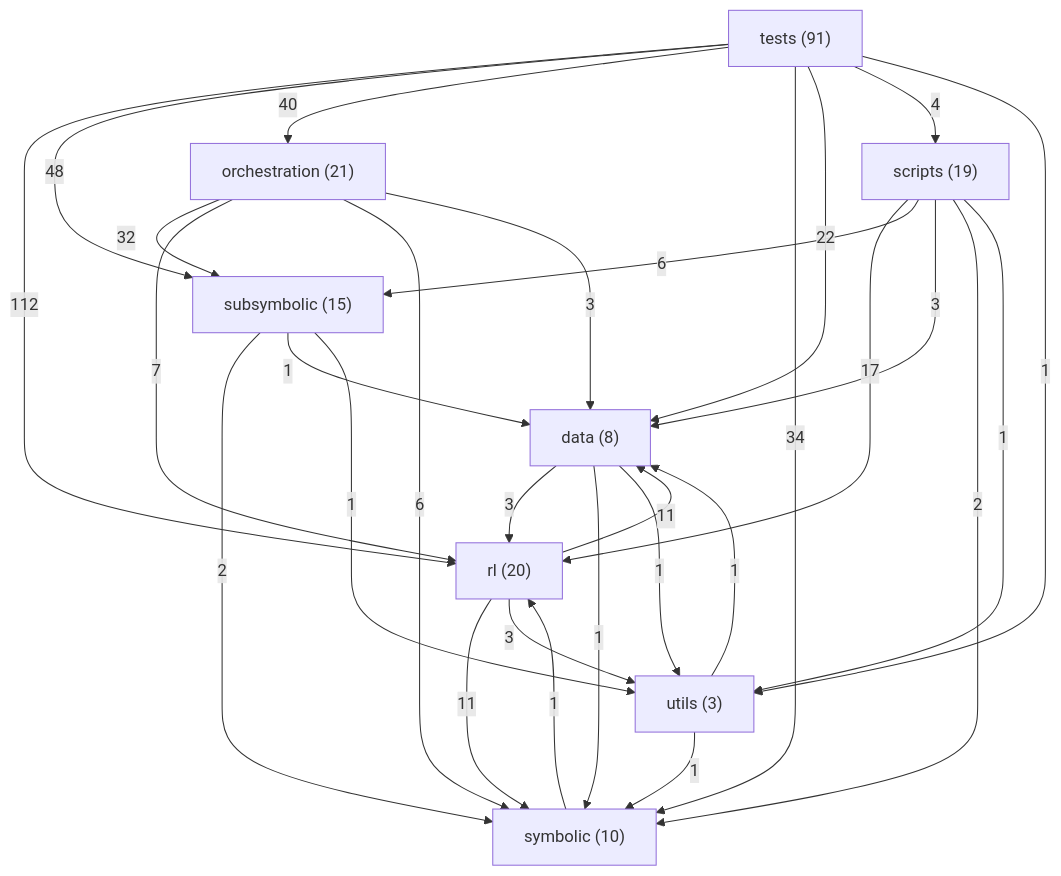
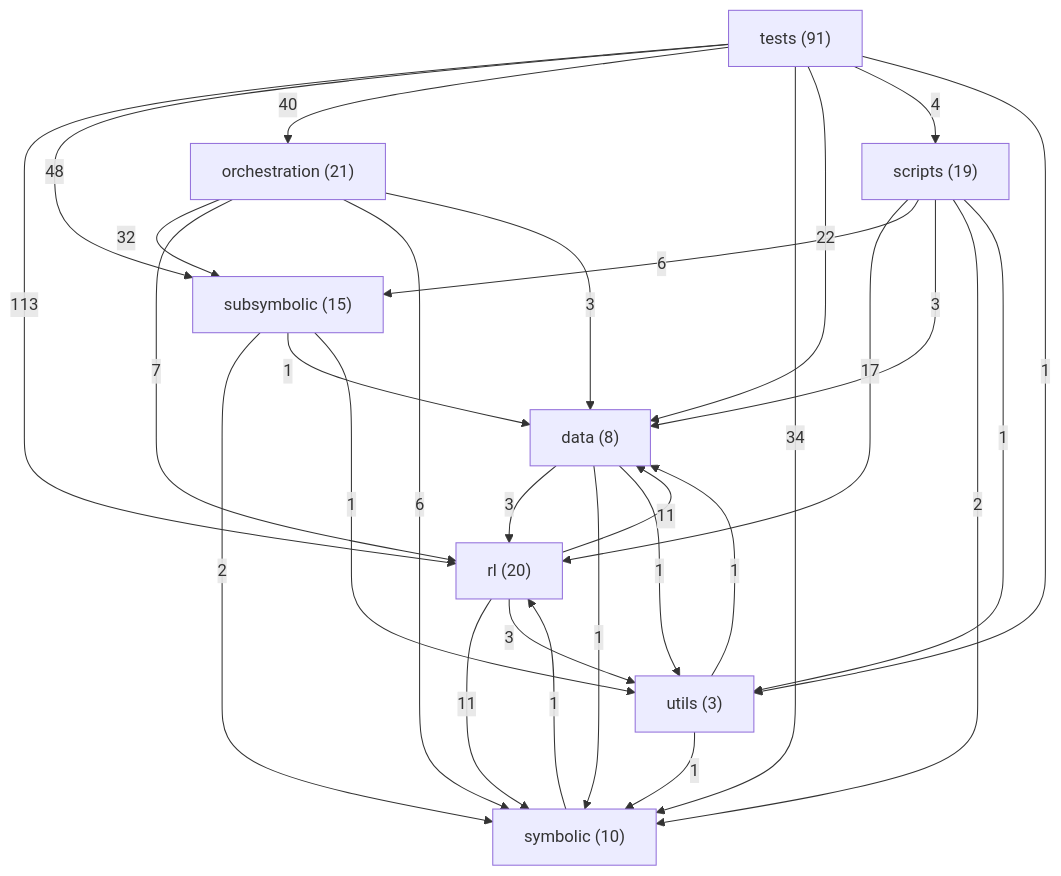
The diagram in ARCHITECTURE.md (danrd/ARC-AGI), drawn with Mermaid before and after one commit. The commit also changed other lines of this file and 12 other files, not shown here.

````diff
--- a/ARCHITECTURE.md
+++ b/ARCHITECTURE.md
@@ -211,39 +211,39 @@
 ```mermaid
 graph TD
   data["data (8)"]
   orchestration["orchestration (21)"]
   rl["rl (20)"]
   scripts["scripts (19)"]
   subsymbolic["subsymbolic (15)"]
   symbolic["symbolic (10)"]
   tests["tests (91)"]
   utils["utils (3)"]
-  tests -->|112| rl
+  tests -->|113| rl
   tests -->|48| subsymbolic
   tests -->|40| orchestration
   tests -->|34| symbolic
   orchestration -->|32| subsymbolic
   tests -->|22| data
   scripts -->|17| rl
   rl -->|11| data
   rl -->|11| symbolic
   orchestration -->|7| rl
   orchestration -->|6| symbolic
   scripts -->|6| subsymbolic
   tests -->|4| scripts
   data -->|3| rl
   orchestration -->|3| data
   rl -->|3| utils
   scripts -->|3| data
   scripts -->|2| symbolic
   subsymbolic -->|2| symbolic
   data -->|1| symbolic
   data -->|1| utils
   scripts -->|1| utils
   subsymbolic -->|1| data
   subsymbolic -->|1| utils
   symbolic -->|1| rl
   tests -->|1| utils
   utils -->|1| data
   utils -->|1| symbolic
 ```
````
